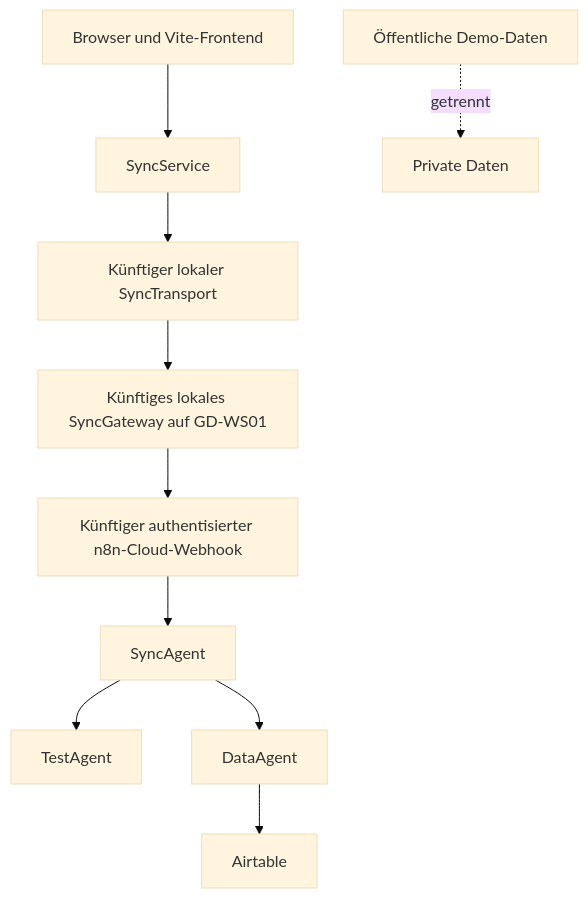
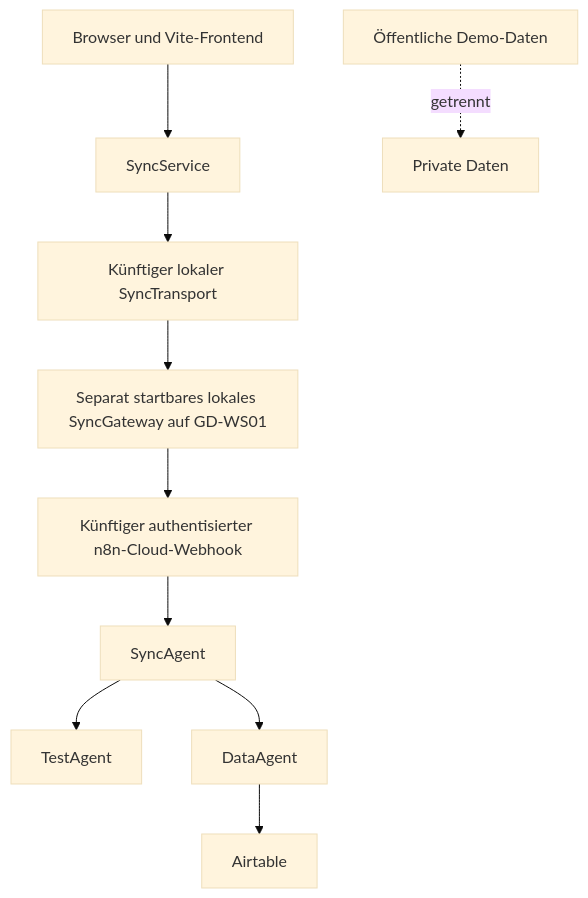
Before and after one commit to Varudan/goldendawn-os: the diagram in docs/security.md, drawn with Mermaid (base theme). The commit also changed other lines of this file and 13 other files, not shown here.

Commit message:
local-sync-gateway (#49)

````diff
--- a/docs/security.md
+++ b/docs/security.md
@@ -61,13 +61,13 @@
 ```mermaid
 flowchart TD
     Browser["Browser und Vite-Frontend"] --> Service["SyncService"]
     Service --> Transport["Künftiger lokaler SyncTransport"]
-    Transport --> Gateway["Künftiges lokales SyncGateway auf GD-WS01"]
+    Transport --> Gateway["Separat startbares lokales SyncGateway auf GD-WS01"]
     Gateway --> Webhook["Künftiger authentisierter n8n-Cloud-Webhook"]
     Webhook --> Sync["SyncAgent"]
     Sync --> Test["TestAgent"]
     Sync --> Data["DataAgent"]
     Data --> Airtable["Airtable"]
 
     Public["Öffentliche Demo-Daten"] -. getrennt .-> Private["Private Daten"]
 ```
````
